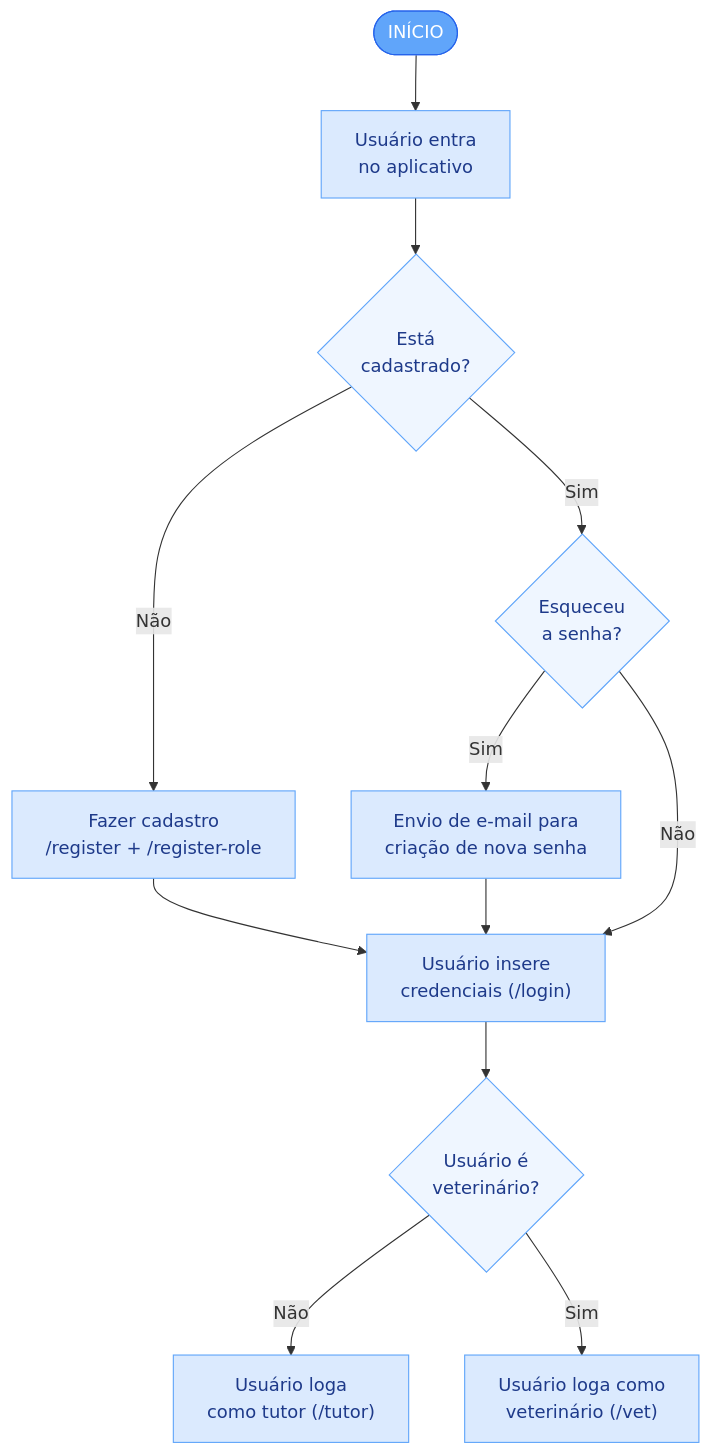
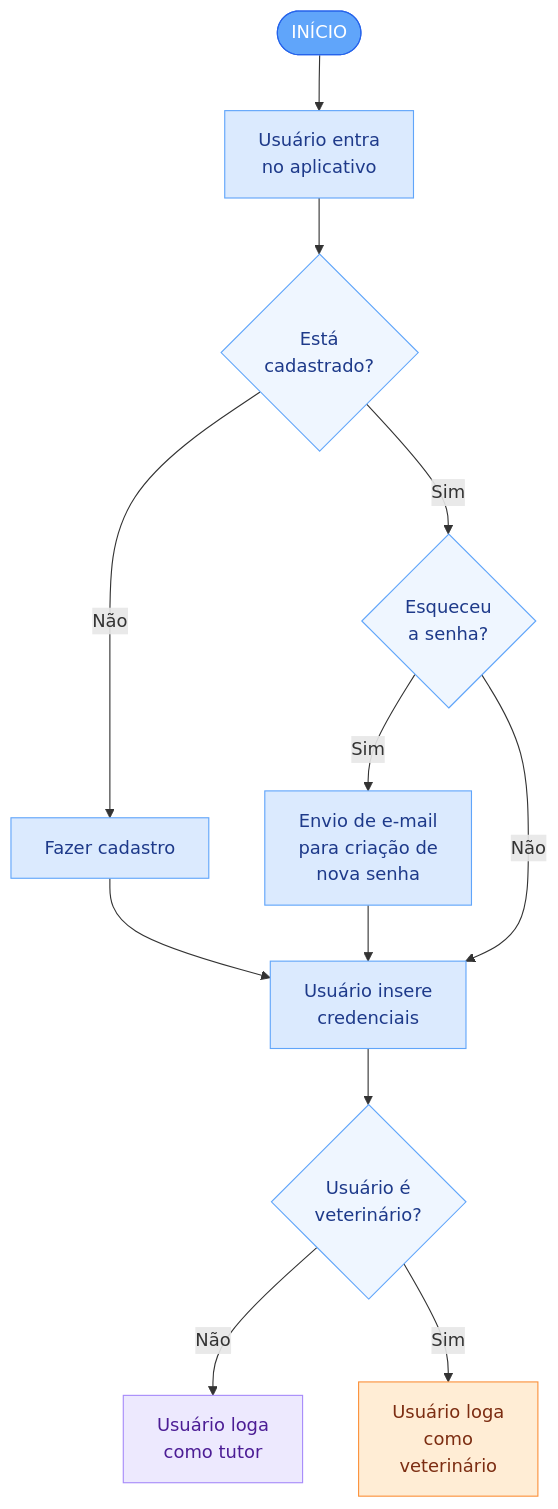
The first of 4 diagrams in docs-frontend-web-fluxo-wireframes.md (LaraPaulaSilva/petlife2copia), drawn with Mermaid before and after one commit. The commit also changed other lines of this file, not shown here.

Commit message:
docs: ajusta fluxograma para o padrão visual do grupo (3 blocos: login/tutor/vet)

````diff
--- a/docs-frontend-web-fluxo-wireframes.md
+++ b/docs-frontend-web-fluxo-wireframes.md
@@ -23,24 +23,28 @@
 ```mermaid
 flowchart TD
     inicio(["INÍCIO"]) --> entra["Usuário entra<br/>no aplicativo"]
     entra --> cadastrado{"Está<br/>cadastrado?"}
 
-    cadastrado -->|Não| fazCad["Fazer cadastro<br/>/register + /register-role"]
+    cadastrado -->|Não| fazCad["Fazer cadastro"]
     cadastrado -->|Sim| esqueceu{"Esqueceu<br/>a senha?"}
 
-    esqueceu -->|Sim| email["Envio de e-mail para<br/>criação de nova senha"]
-    esqueceu -->|Não| credenciais["Usuário insere<br/>credenciais (/login)"]
+    esqueceu -->|Sim| email["Envio de e-mail<br/>para criação de<br/>nova senha"]
+    esqueceu -->|Não| credenciais["Usuário insere<br/>credenciais"]
     fazCad --> credenciais
     email --> credenciais
 
     credenciais --> ehVet{"Usuário é<br/>veterinário?"}
-    ehVet -->|Não| logaTutor["Usuário loga<br/>como tutor (/tutor)"]
-    ehVet -->|Sim| logaVet["Usuário loga como<br/>veterinário (/vet)"]
+    ehVet -->|Não| logaTutor["Usuário loga<br/>como tutor"]
+    ehVet -->|Sim| logaVet["Usuário loga<br/>como<br/>veterinário"]
 
     classDef topo fill:#dbeafe,stroke:#60a5fa,color:#1e3a8a;
     classDef decisao fill:#eff6ff,stroke:#60a5fa,color:#1e3a8a;
     classDef inicioFim fill:#60a5fa,stroke:#2563eb,color:#ffffff;
-    class entra,fazCad,email,credenciais,logaTutor,logaVet topo;
+    classDef logT fill:#ede9fe,stroke:#a78bfa,color:#4c1d95;
+    classDef logV fill:#ffedd5,stroke:#fb923c,color:#7c2d12;
+    class entra,fazCad,email,credenciais topo;
     class cadastrado,esqueceu,ehVet decisao;
     class inicio inicioFim;
+    class logaTutor logT;
+    class logaVet logV;
 ```
````
